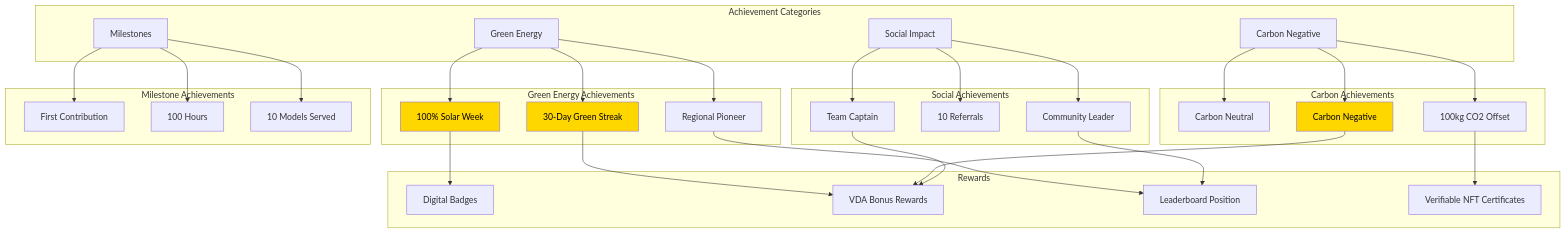
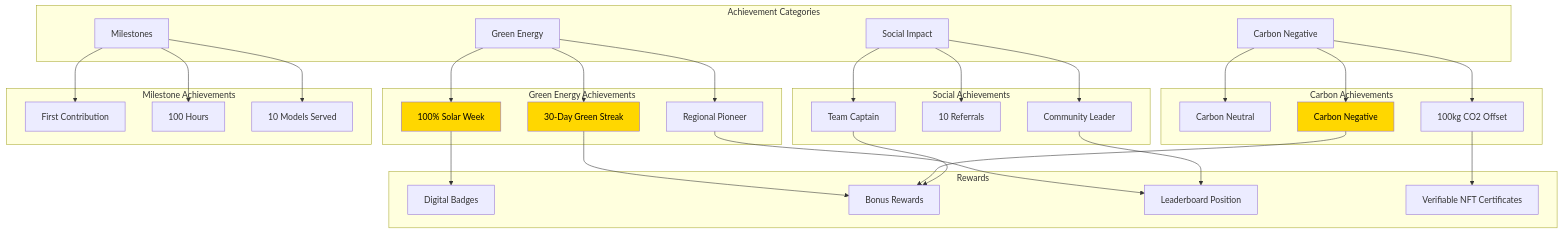
Before and after one commit to Kwaai-AI-Lab/KwaaiNet: diagram 19 of 20 in docs/CHALLENGE_ARCHITECTURES.md, drawn with Mermaid. The commit also changed other lines of this file and 28 other files, not shown here.

````diff
--- a/docs/CHALLENGE_ARCHITECTURES.md
+++ b/docs/CHALLENGE_ARCHITECTURES.md
@@ -1118,70 +1005,70 @@
 ```mermaid
 graph TB
     subgraph "Achievement Categories"
         Green[Green Energy]
         Carbon[Carbon Negative]
         Social[Social Impact]
         Milestones[Milestones]
     end
 
     subgraph "Green Energy Achievements"
         Solar100[100% Solar Week]
         GreenStreak[30-Day Green Streak]
         Pioneer[Regional Pioneer]
     end
 
     subgraph "Carbon Achievements"
         Neutral[Carbon Neutral]
         Negative[Carbon Negative]
         Offset100[100kg CO2 Offset]
     end
 
     subgraph "Social Achievements"
         Team[Team Captain]
         Referral[10 Referrals]
         Community[Community Leader]
     end
 
     subgraph "Milestone Achievements"
         First[First Contribution]
         Hours100[100 Hours]
         Models10[10 Models Served]
     end
 
     subgraph "Rewards"
         Badge[Digital Badges]
-        VDABonus[VDA Bonus Rewards]
+        BonusRewards[Bonus Rewards]
         Leaderboard[Leaderboard Position]
         NFT[Verifiable NFT Certificates]
     end
 
     Green --> Solar100
     Green --> GreenStreak
     Green --> Pioneer
 
     Carbon --> Neutral
     Carbon --> Negative
     Carbon --> Offset100
 
     Social --> Team
     Social --> Referral
     Social --> Community
 
     Milestones --> First
     Milestones --> Hours100
     Milestones --> Models10
 
     Solar100 --> Badge
-    GreenStreak --> VDABonus
+    GreenStreak --> BonusRewards
     Pioneer --> Leaderboard
 
-    Negative --> VDABonus
+    Negative --> BonusRewards
     Offset100 --> NFT
 
-    Team --> VDABonus
+    Team --> BonusRewards
     Community --> Leaderboard
 
     style Solar100 fill:#FFD700,color:#000
     style GreenStreak fill:#FFD700,color:#000
     style Negative fill:#FFD700,color:#000
 ```
````
